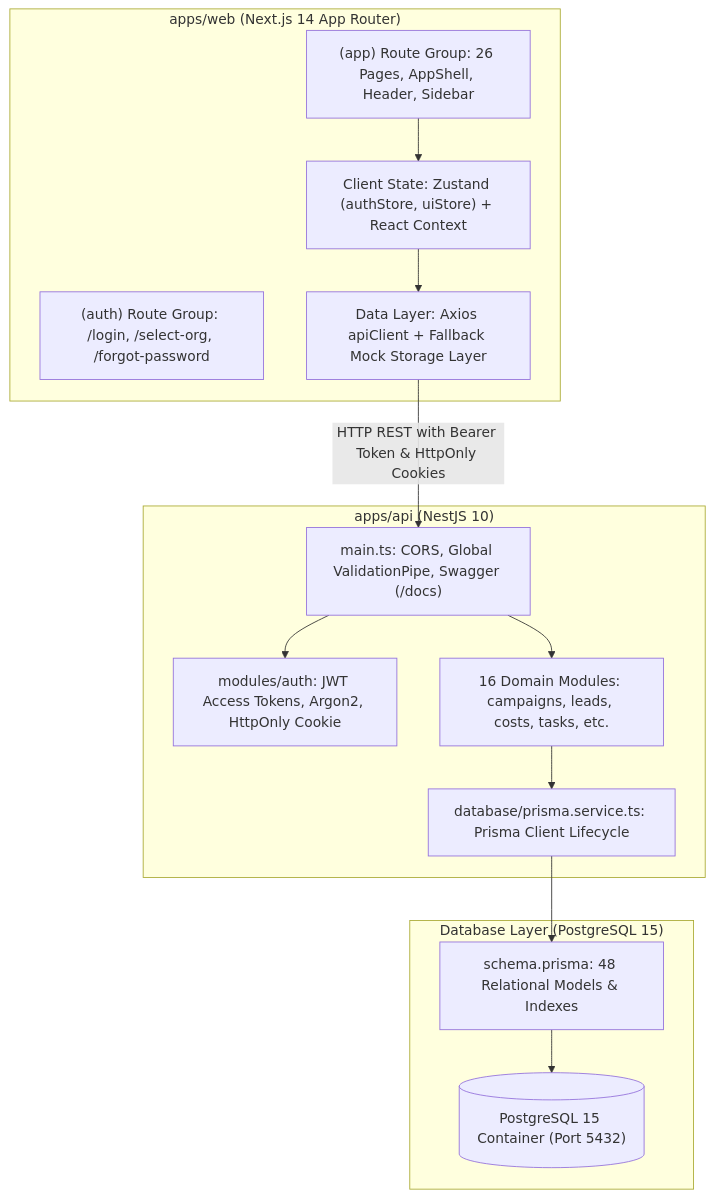
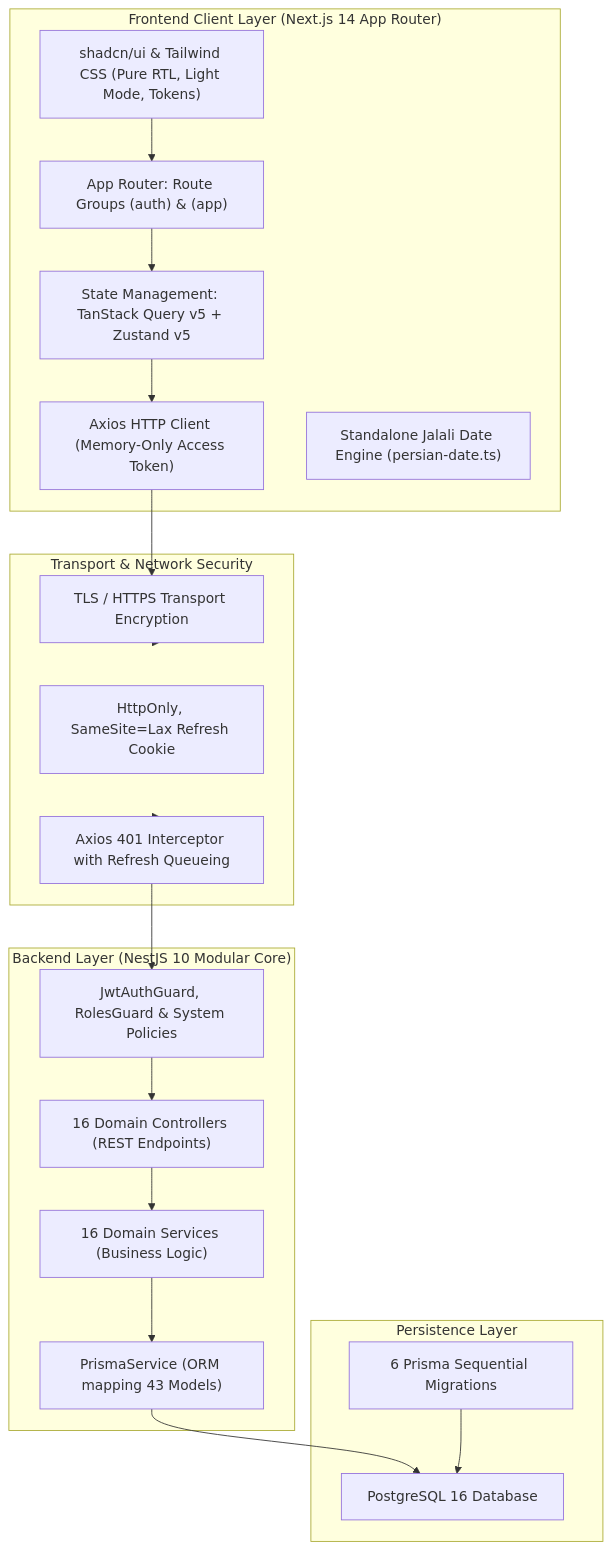
The first of 2 diagrams in docs/project-audit/hybrid/03_ARCHITECTURE_DOCUMENTATION.md (sajads4beri/gapji-digital-marketing-dashboard), drawn with Mermaid before and after one commit. The commit also changed other lines of this file and 221 other files, not shown here.

````diff
--- a/docs/project-audit/hybrid/03_ARCHITECTURE_DOCUMENTATION.md
+++ b/docs/project-audit/hybrid/03_ARCHITECTURE_DOCUMENTATION.md
@@ -10,30 +10,41 @@
 ```mermaid
-flowchart TD
-    subgraph FrontendApp ["apps/web (Next.js 14 App Router)"]
-        AuthGroup["(auth) Route Group: /login, /select-org, /forgot-password"]
-        AppGroup["(app) Route Group: 26 Pages, AppShell, Header, Sidebar"]
-        StoreLayer["Client State: Zustand (authStore, uiStore) + React Context"]
-        DataFetchLayer["Data Layer: Axios apiClient + Fallback Mock Storage Layer"]
+graph TB
+    subgraph ClientLayer["Frontend Client Layer (Next.js 14 App Router)"]
+        UI["shadcn/ui & Tailwind CSS (Pure RTL, Light Mode, Tokens)"]
+        AppRouter["App Router: Route Groups (auth) & (app)"]
+        State["State Management: TanStack Query v5 + Zustand v5"]
+        AxiosClient["Axios HTTP Client (Memory-Only Access Token)"]
+        Jalali["Standalone Jalali Date Engine (persian-date.ts)"]
     end
 
-    subgraph BackendApp ["apps/api (NestJS 10)"]
-        NestBootstrap["main.ts: CORS, Global ValidationPipe, Swagger (/docs)"]
-        AuthModule["modules/auth: JWT Access Tokens, Argon2, HttpOnly Cookie"]
-        DomainModules["16 Domain Modules: campaigns, leads, costs, tasks, etc."]
-        PrismaService["database/prisma.service.ts: Prisma Client Lifecycle"]
+    subgraph TransportBoundary["Transport & Network Security"]
+        HTTPS["TLS / HTTPS Transport Encryption"]
+        HttpOnlyCookie["HttpOnly, SameSite=Lax Refresh Cookie"]
+        QueueInterceptor["Axios 401 Interceptor with Refresh Queueing"]
     end
 
-    subgraph DataStorage ["Database Layer (PostgreSQL 15)"]
-        PostgresDB[("PostgreSQL 15 Container (Port 5432)")]
-        PrismaSchema["schema.prisma: 48 Relational Models & Indexes"]
+    subgraph BackendCore["Backend Layer (NestJS 10 Modular Core)"]
+        Guards["JwtAuthGuard, RolesGuard & System Policies"]
+        Controllers["16 Domain Controllers (REST Endpoints)"]
+        Services["16 Domain Services (Business Logic)"]
+        PrismaService["PrismaService (ORM mapping 43 Models)"]
     end
 
-    AppGroup --> StoreLayer
-    StoreLayer --> DataFetchLayer
-    DataFetchLayer -->|HTTP REST with Bearer Token & HttpOnly Cookies| NestBootstrap
-    NestBootstrap --> AuthModule
-    NestBootstrap --> DomainModules
-    DomainModules --> PrismaService
-    PrismaService --> PrismaSchema
-    PrismaSchema --> PostgresDB
+    subgraph DataLayer["Persistence Layer"]
+        Postgres["PostgreSQL 16 Database"]
+        Migrations["6 Prisma Sequential Migrations"]
+    end
+
+    UI --> AppRouter
+    AppRouter --> State
+    State --> AxiosClient
+    AxiosClient --> HTTPS
+    HTTPS --> TransportBoundary
+    TransportBoundary --> QueueInterceptor
+    QueueInterceptor --> Guards
+    Guards --> Controllers
+    Controllers --> Services
+    Services --> PrismaService
+    PrismaService --> Postgres
+    Migrations --> Postgres
 ```
````
